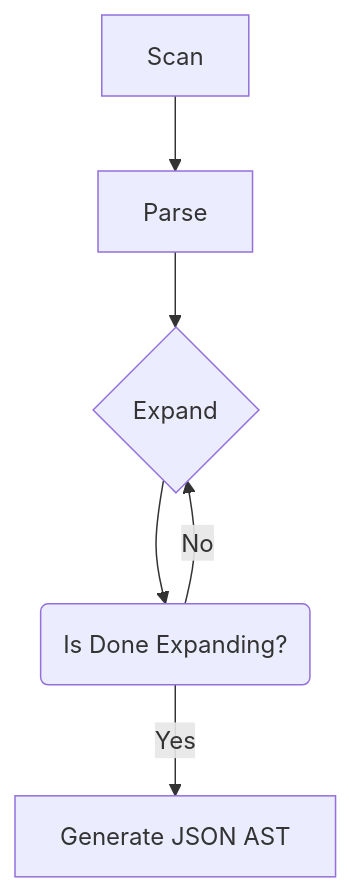
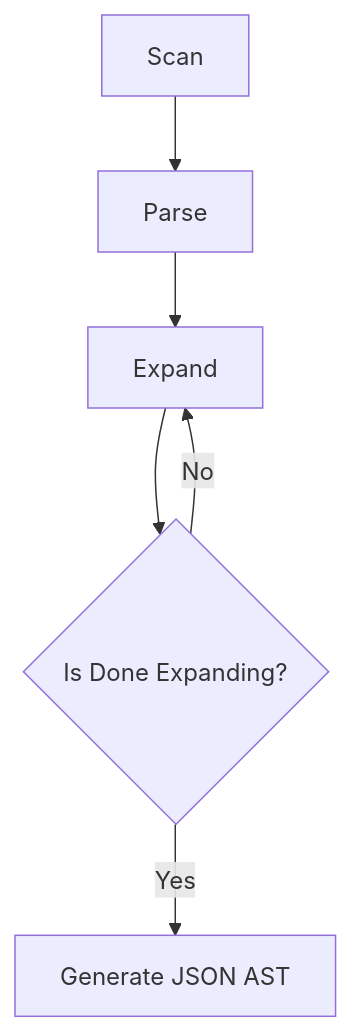
Before and after one commit to ElixirCL/kombucha: the diagram in README.adoc, drawn with Mermaid.

````diff
--- a/README.adoc
+++ b/README.adoc
@@ -44,8 +44,9 @@
 ```mermaid
 flowchart TD
     A[Scan] --> B[Parse]
-    B --> C{Expand}
-    C --> D(Is Done Expanding?)
+    B --> C[Expand]
+    C --> D{Is Done Expanding?}
     D --> |No| C
     D -->|Yes| F[Generate JSON AST]
+    
 ```
````
